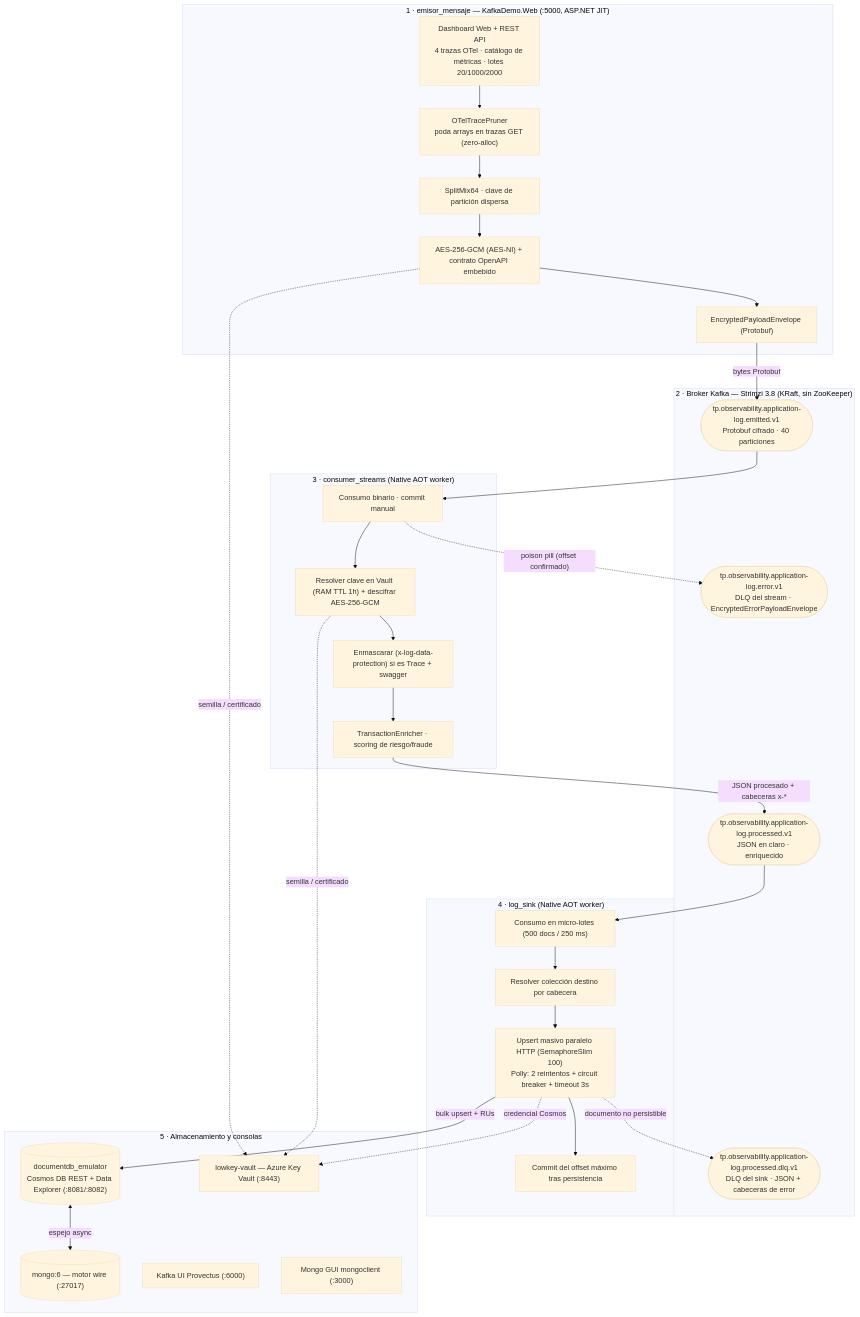
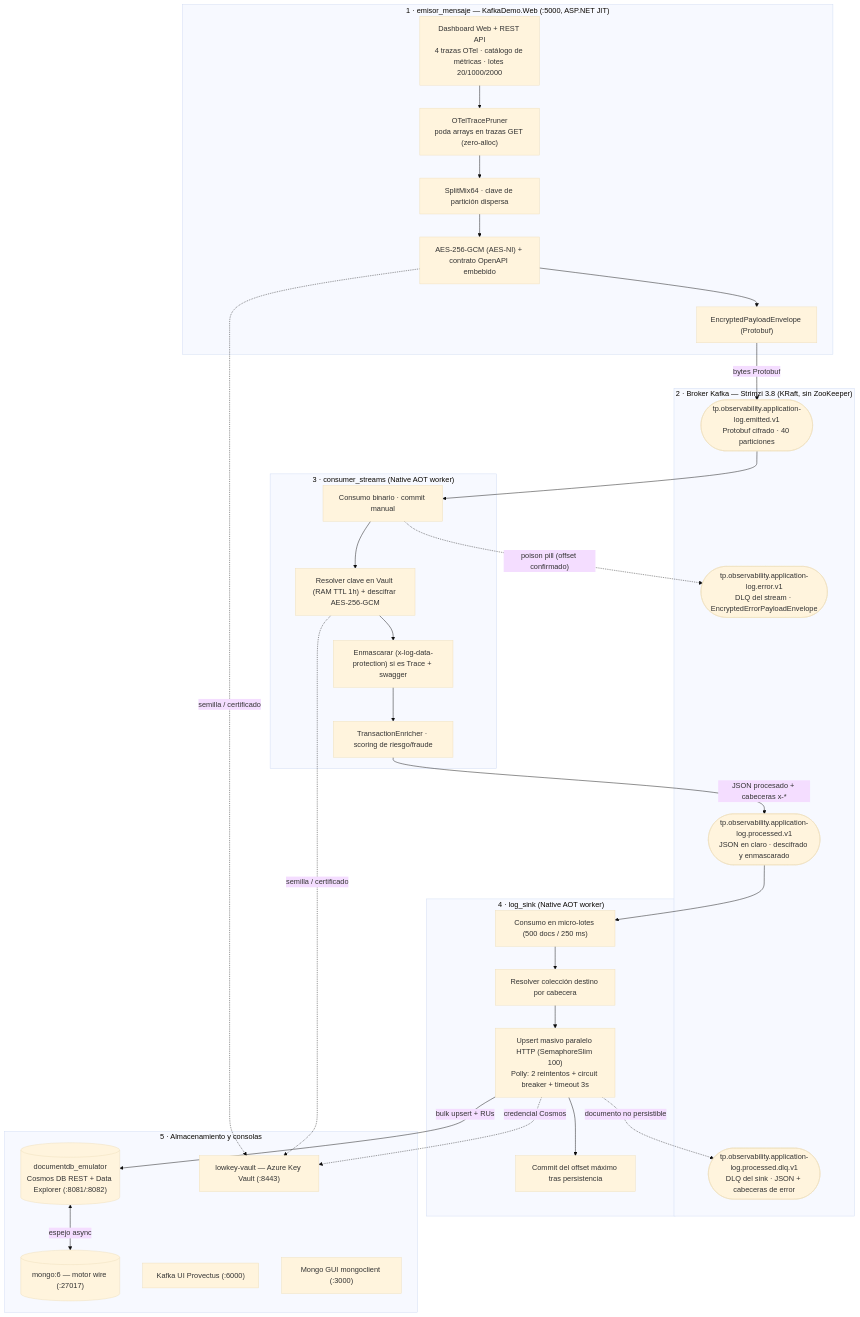
One commit to aaguerram/log_procesor_otel changed the diagram in README.md. Above: the diagram before and after it, drawn with Mermaid (base theme). The commit also changed other lines of this file and 1 other file, not shown here.

````diff
--- a/README.md
+++ b/README.md
@@ -60,54 +60,54 @@
 ```mermaid
 flowchart TD
     subgraph EM ["1 · emisor_mensaje — KafkaDemo.Web (:5000, ASP.NET JIT)"]
         A1["Dashboard Web + REST API<br/>4 trazas OTel · catálogo de métricas · lotes 20/1000/2000"]
         A2["OTelTracePruner<br/>poda arrays en trazas GET (zero-alloc)"]
         A3["SplitMix64 · clave de partición dispersa"]
         A4["AES-256-GCM (AES-NI) + contrato OpenAPI embebido"]
         A5["EncryptedPayloadEnvelope (Protobuf)"]
         A1 --> A2 --> A3 --> A4 --> A5
     end
 
     subgraph BR ["2 · Broker Kafka — Strimzi 3.8 (KRaft, sin ZooKeeper)"]
         K1(["tp.observability.application-log.emitted.v1<br/>Protobuf cifrado · 40 particiones"])
-        K2(["tp.observability.application-log.processed.v1<br/>JSON en claro · enriquecido"])
+        K2(["tp.observability.application-log.processed.v1<br/>JSON en claro · descifrado y enmascarado"])
         E1(["tp.observability.application-log.error.v1<br/>DLQ del stream · EncryptedErrorPayloadEnvelope"])
         E2(["tp.observability.application-log.processed.dlq.v1<br/>DLQ del sink · JSON + cabeceras de error"])
     end
 
     subgraph CS ["3 · consumer_streams (Native AOT worker)"]
         C1["Consumo binario · commit manual"]
         C2["Resolver clave en Vault (RAM TTL 1h) + descifrar AES-256-GCM"]
         C3["Enmascarar (x-log-data-protection) si es Trace + swagger"]
         C4["TransactionEnricher · scoring de riesgo/fraude"]
         C1 --> C2 --> C3 --> C4
     end
 
     subgraph LS ["4 · log_sink (Native AOT worker)"]
         S1["Consumo en micro-lotes (500 docs / 250 ms)"]
         S2["Resolver colección destino por cabecera"]
         S3["Upsert masivo paralelo HTTP (SemaphoreSlim 100)<br/>Polly: 2 reintentos + circuit breaker + timeout 3s"]
         S4["Commit del offset máximo tras persistencia"]
         S1 --> S2 --> S3 --> S4
     end
 
     subgraph ST ["5 · Almacenamiento y consolas"]
         DB[("documentdb_emulator<br/>Cosmos DB REST + Data Explorer (:8081/:8082)")]
         MG[("mongo:6 — motor wire (:27017)")]
         KV["lowkey-vault — Azure Key Vault (:8443)"]
         KUI["Kafka UI Provectus (:6000)"]
         NUI["Mongo GUI mongoclient (:3000)"]
     end
 
     A5 -->|"bytes Protobuf"| K1
     K1 --> C1
     C4 -->|"JSON procesado + cabeceras x-*"| K2
     C1 -.->|"poison pill (offset confirmado)"| E1
     K2 --> S1
     S3 -->|"bulk upsert + RUs"| DB
     S3 -.->|"documento no persistible"| E2
     DB <-->|"espejo async"| MG
     A4 -.->|"semilla / certificado"| KV
     C2 -.->|"semilla / certificado"| KV
     S3 -.->|"credencial Cosmos"| KV
 ```
````
